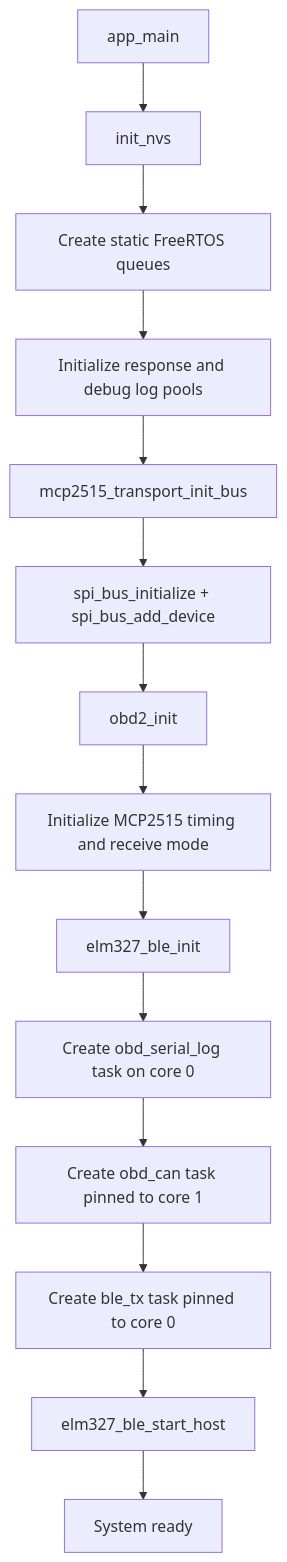
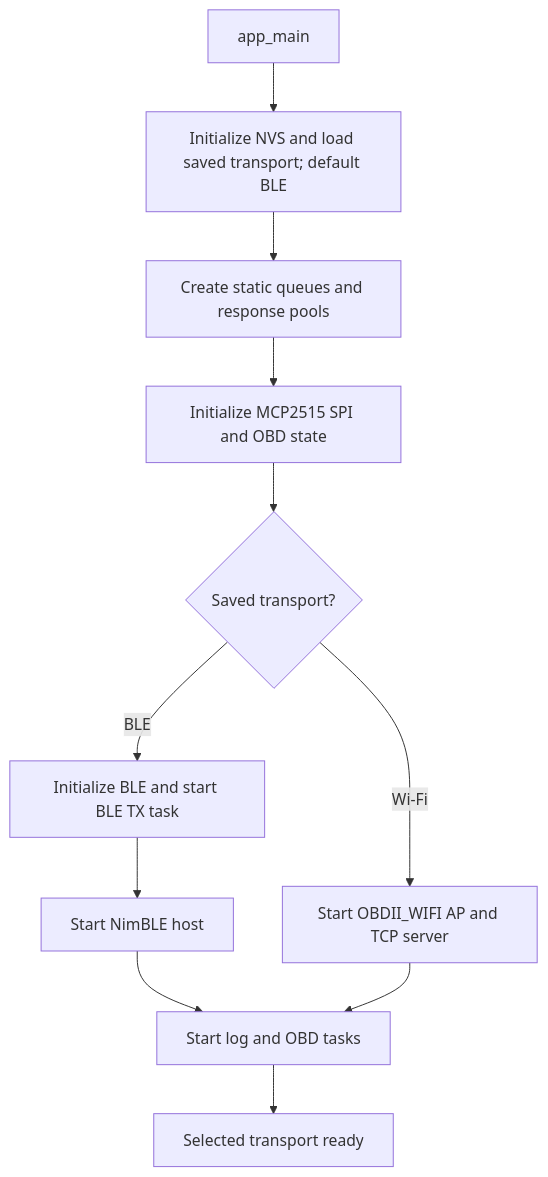
Before and after one commit to ASTI-ITS/ITS-test: the second of 7 diagrams in OBD_BLE_FreeRTOS_C/flowchart.md, drawn with Mermaid. The commit also changed other lines of this file and 1 other file, not shown here.

Commit message:
updated flowcharts to reflect change mode

````diff
--- a/OBD_BLE_FreeRTOS_C/flowchart.md
+++ b/OBD_BLE_FreeRTOS_C/flowchart.md
@@ -42,16 +45,13 @@
 ```mermaid
 graph TD
-    A[app_main] --> B[init_nvs]
-    B --> C[Create static FreeRTOS queues]
-    C --> D[Initialize response and debug log pools]
-    D --> E[mcp2515_transport_init_bus]
-    E --> F[spi_bus_initialize + spi_bus_add_device]
-    F --> G[obd2_init]
-    G --> H[Initialize MCP2515 timing and receive mode]
-    H --> I[elm327_ble_init]
-    I --> J[Create obd_serial_log task on core 0]
-    J --> K[Create obd_can task pinned to core 1]
-    K --> L[Create ble_tx task pinned to core 0]
-    L --> M[elm327_ble_start_host]
-    M --> N[System ready]
+    A[app_main] --> B[Initialize NVS and load saved transport; default BLE]
+    B --> C[Create static queues and response pools]
+    C --> D[Initialize MCP2515 SPI and OBD state]
+    D --> E{Saved transport?}
+    E -- BLE --> F[Initialize BLE and start BLE TX task]
+    F --> G[Start NimBLE host]
+    E -- Wi-Fi --> H[Start OBDII_WIFI AP and TCP server]
+    G --> I[Start log and OBD tasks]
+    H --> I
+    I --> J[Selected transport ready]
 ```
````
